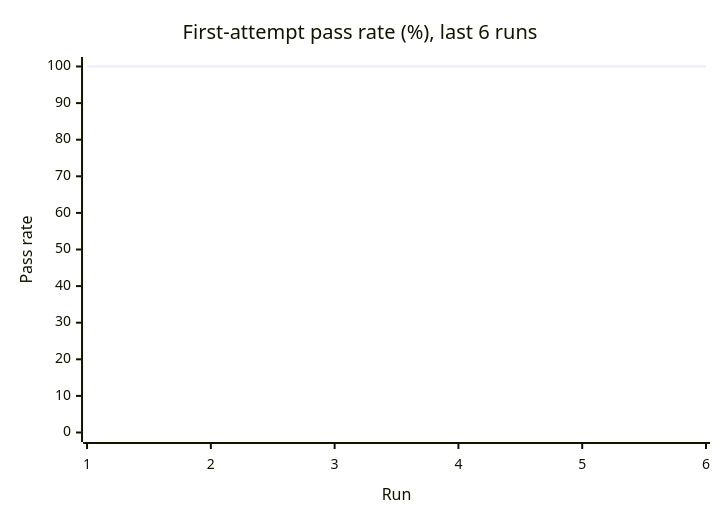
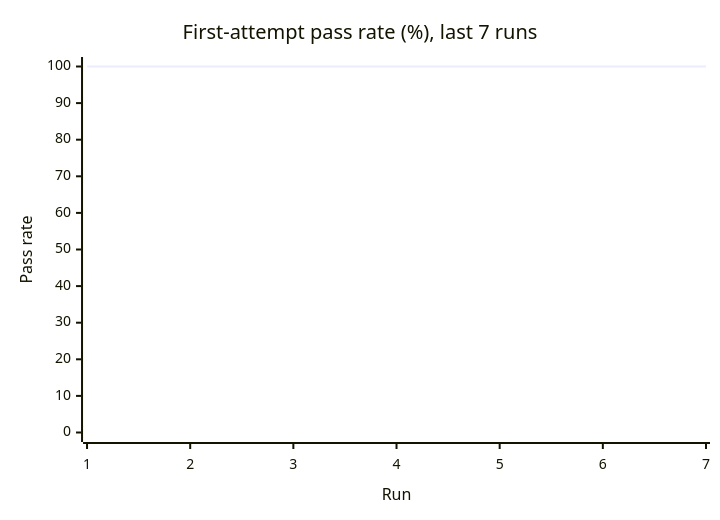
One commit to Shirojoufu/Service-Template changed the first of 3 diagrams in reports/summary.md. Above: the diagram before and after it, drawn with Mermaid. The commit also changed other lines of this file and 5 other files, not shown here.

````diff
--- a/reports/summary.md
+++ b/reports/summary.md
@@ -17,7 +17,7 @@
 ```mermaid
 xychart-beta
-    title "First-attempt pass rate (%), last 6 runs"
-    x-axis "Run" [1, 2, 3, 4, 5, 6]
+    title "First-attempt pass rate (%), last 7 runs"
+    x-axis "Run" [1, 2, 3, 4, 5, 6, 7]
     y-axis "Pass rate" 0 --> 100
-    line [100.0, 100.0, 100.0, 100.0, 100.0, 100.0]
+    line [100.0, 100.0, 100.0, 100.0, 100.0, 100.0, 100.0]
 ```
````
